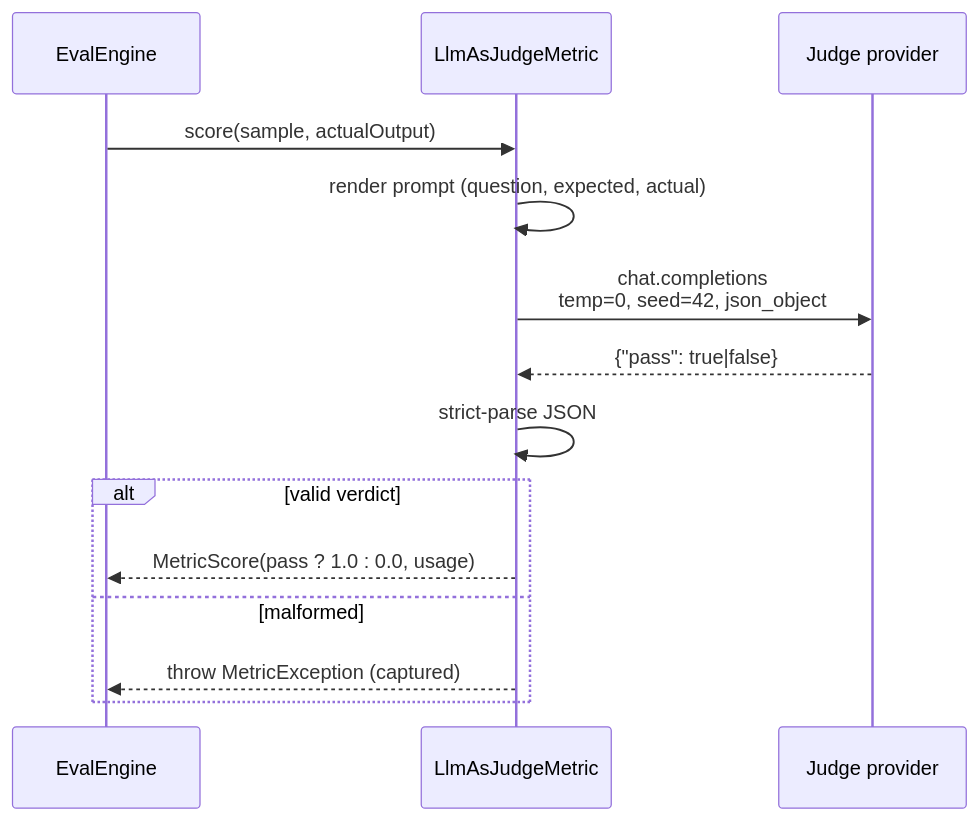
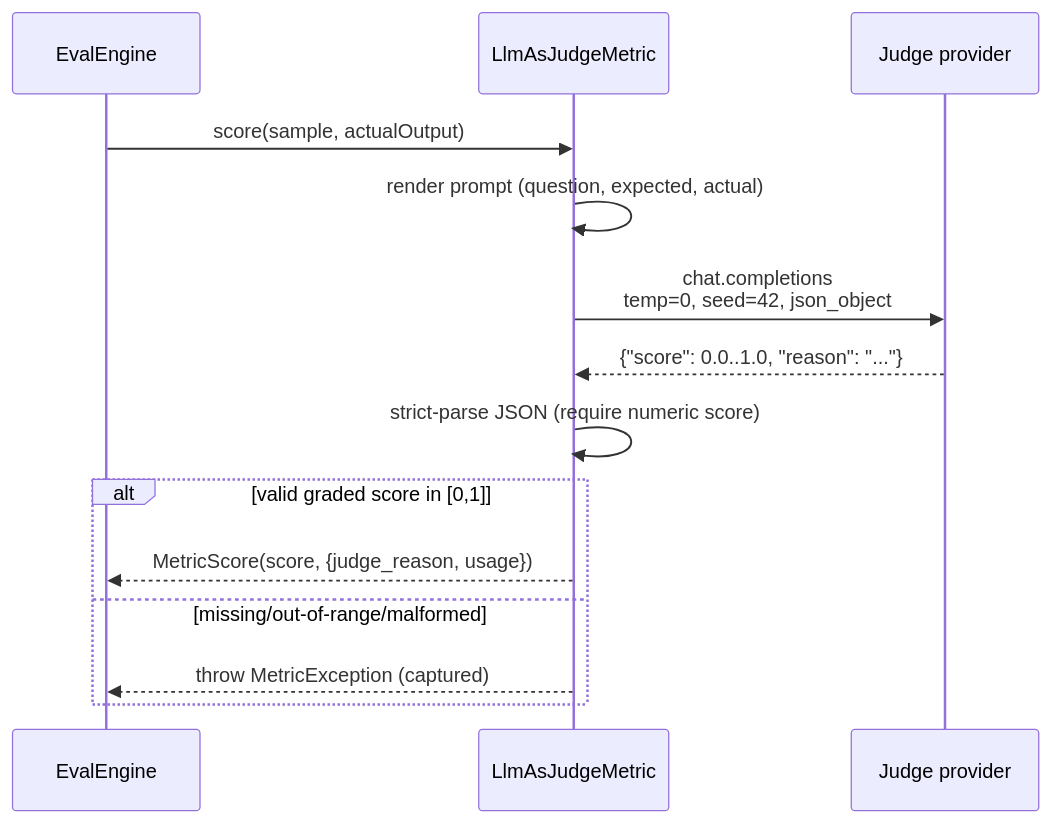
One commit to padosoft/eval-harness changed the diagram in docs-site/metrics/llm-as-judge.mdx. Above: the diagram before and after it, drawn with Mermaid. The commit also changed other lines of this file and 5 other files, not shown here.

````diff
--- a/docs-site/metrics/llm-as-judge.mdx
+++ b/docs-site/metrics/llm-as-judge.mdx
@@ -28,16 +28,16 @@
 ```mermaid
 sequenceDiagram
     participant E as EvalEngine
     participant J as LlmAsJudgeMetric
     participant P as Judge provider
     E->>J: score(sample, actualOutput)
     J->>J: render prompt (question, expected, actual)
     J->>P: chat.completions<br/>temp=0, seed=42, json_object
-    P-->>J: {"pass": true|false}
-    J->>J: strict-parse JSON
-    alt valid verdict
-        J-->>E: MetricScore(pass ? 1.0 : 0.0, usage)
-    else malformed
+    P-->>J: {"score": 0.0..1.0, "reason": "..."}
+    J->>J: strict-parse JSON (require numeric score)
+    alt valid graded score in [0,1]
+        J-->>E: MetricScore(score, {judge_reason, usage})
+    else missing/out-of-range/malformed
         J-->>E: throw MetricException (captured)
     end
 ```
````
